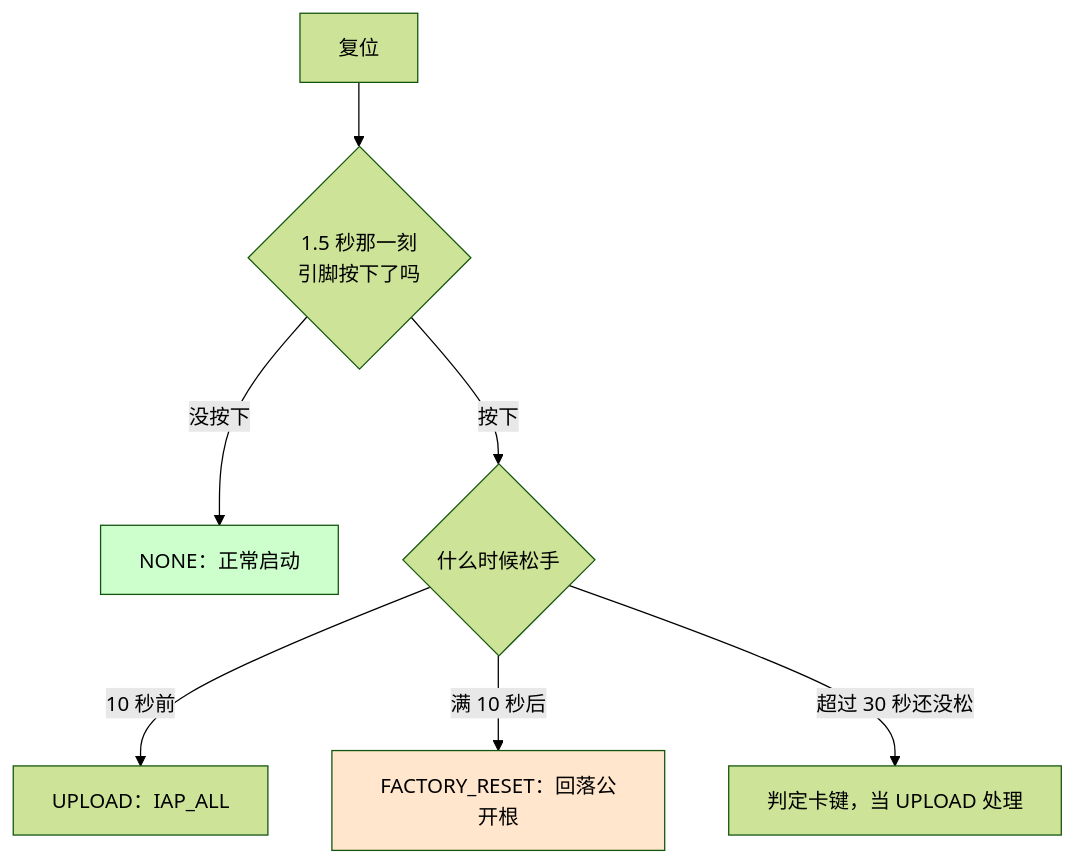
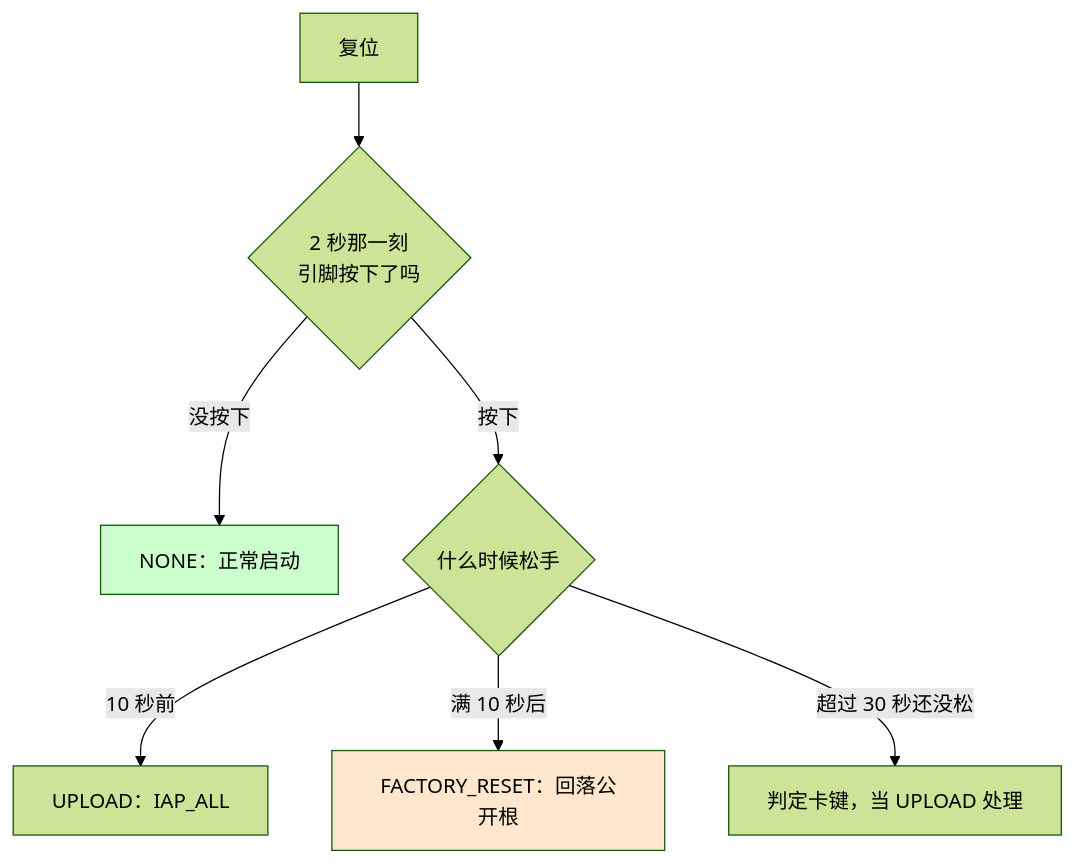
Before and after one commit to haliboteda/OpenPLC_Docs: the fifth of 5 diagrams in docs/modules/M2-ownership.md, drawn with Mermaid (forest theme). The commit also changed other lines of this file and 2 other files, not shown here.

````diff
--- a/docs/modules/M2-ownership.md
+++ b/docs/modules/M2-ownership.md
@@ -468,11 +468,11 @@
 ```mermaid
 flowchart TD
-    R[复位] --> D{1.5 秒那一刻<br/>引脚按下了吗}
+    R[复位] --> D{2 秒那一刻<br/>引脚按下了吗}
     D -->|没按下| N[NONE：正常启动]
     D -->|按下| U{什么时候松手}
     U -->|10 秒前| UP[UPLOAD：IAP_ALL]
     U -->|满 10 秒后| FR[FACTORY_RESET：回落公开根]
     U -->|超过 30 秒还没松| TO[判定卡键，当 UPLOAD 处理]
     style FR fill:#ffe6cc
     style N fill:#ccffcc
 ```
````
